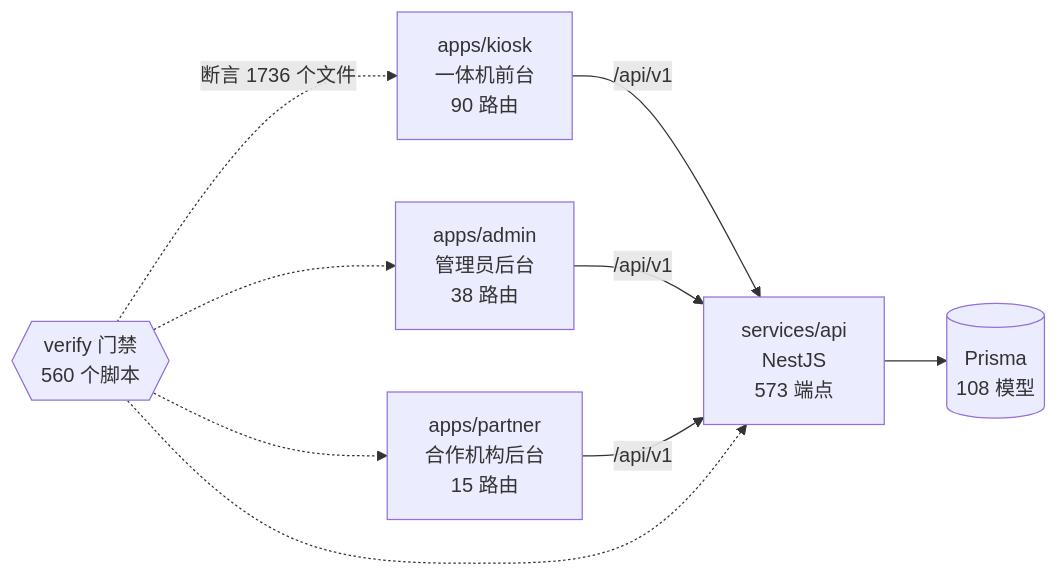
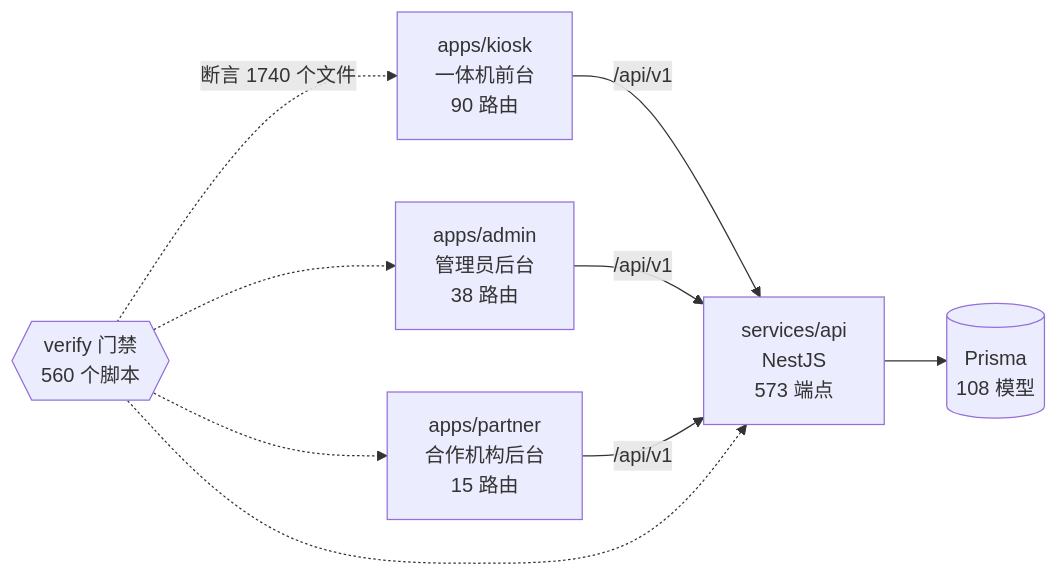
One commit to wanglei581/YITIJI changed the diagram in docs/graph/README.md. Above: the diagram before and after it, drawn with Mermaid. The commit also changed other lines of this file and 1 other file, not shown here.

Commit message:
chore(graph): 第三批合入后重生项目图谱

````diff
--- a/docs/graph/README.md
+++ b/docs/graph/README.md
@@ -68,18 +68,18 @@
 ```mermaid
 flowchart LR
   kiosk["apps/kiosk<br/>一体机前台<br/>90 路由"]
   admin["apps/admin<br/>管理员后台<br/>38 路由"]
   partner["apps/partner<br/>合作机构后台<br/>15 路由"]
   api["services/api<br/>NestJS<br/>573 端点"]
   db[("Prisma<br/>108 模型")]
   gates{{"verify 门禁<br/>560 个脚本"}}
 
   kiosk -->|"/api/v1"| api
   admin -->|"/api/v1"| api
   partner -->|"/api/v1"| api
   api --> db
-  gates -.->|"断言 1736 个文件"| kiosk
+  gates -.->|"断言 1740 个文件"| kiosk
   gates -.-> admin
   gates -.-> partner
   gates -.-> api
 ```
````
